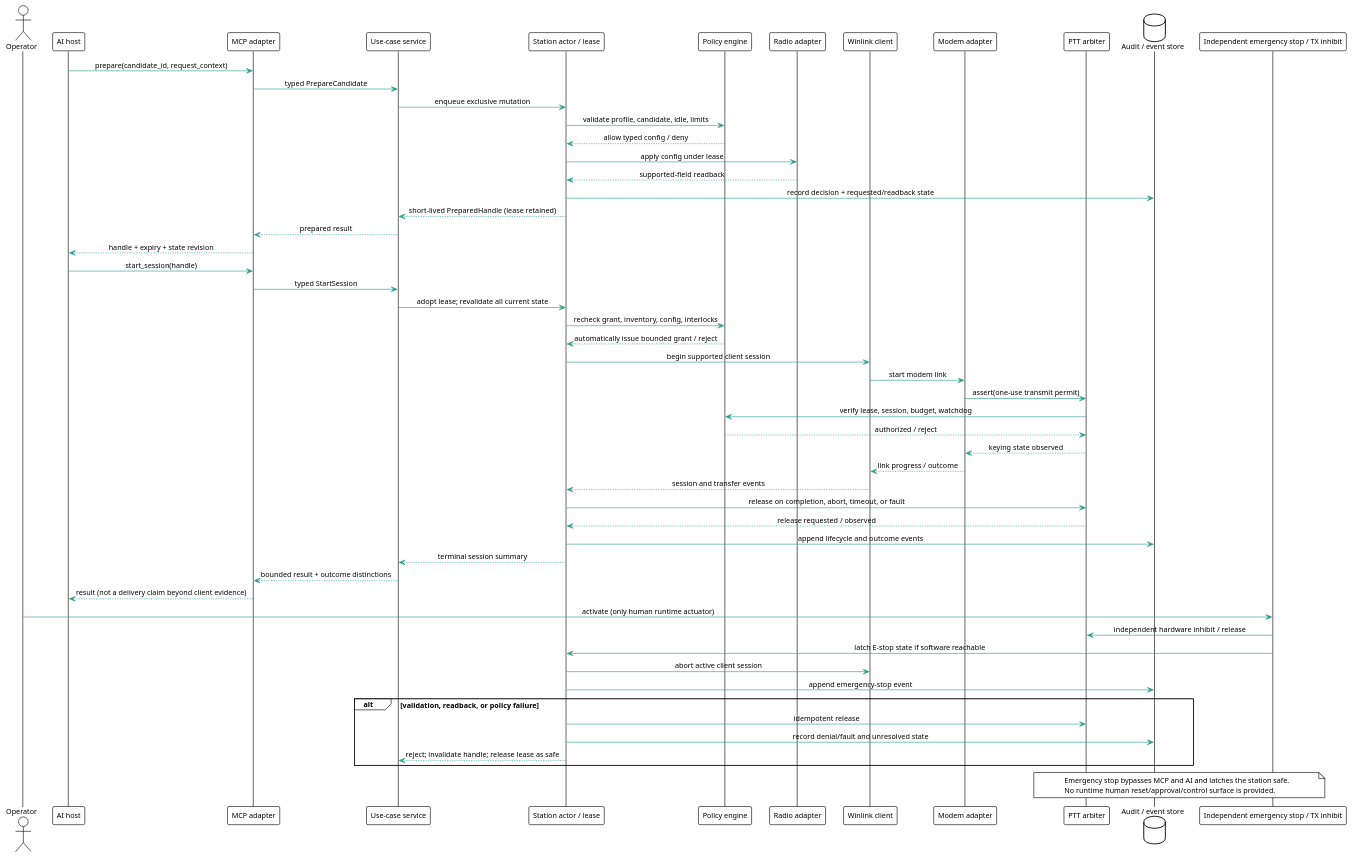
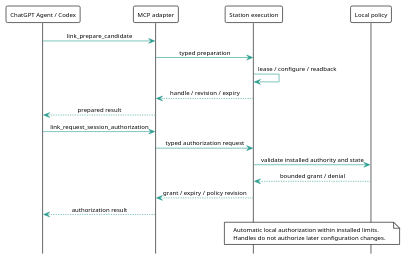
One commit to 8r4n/linkwise changed the diagram in docs/whitepaper/diagrams/session-sequence.puml. Above: the diagram before and after it, drawn with PlantUML. The commit also changed 61 other files, not shown here.

First line of the commit message:
Implement streaming Rust modem demo and document DSP architecture

```diff
--- a/docs/whitepaper/diagrams/session-sequence.puml
+++ b/docs/whitepaper/diagrams/session-sequence.puml
@@ -1,70 +1,29 @@
 @startuml Linkwise_Session_Sequence
 !theme plain
 skinparam backgroundColor #FFFFFF
 skinparam shadowing false
 skinparam defaultFontName "Latin Modern Roman"
-skinparam defaultFontSize 12
+skinparam defaultFontSize 10
 skinparam sequenceMessageAlign center
 skinparam ArrowColor #2A9D8F
-
-actor Operator
-participant "AI host" as AI
+hide footbox
+participant "ChatGPT Agent / Codex" as AI
 participant "MCP adapter" as MCP
-participant "Use-case service" as APP
-participant "Station actor / lease" as ACTOR
-participant "Policy engine" as POLICY
-participant "Radio adapter" as RADIO
-participant "Winlink client" as WL
-participant "Modem adapter" as MODEM
-participant "PTT arbiter" as PTT
-database "Audit / event store" as AUDIT
-participant "Independent emergency stop / TX inhibit" as ESTOP
-
-AI -> MCP: prepare(candidate_id, request_context)
-MCP -> APP: typed PrepareCandidate
-APP -> ACTOR: enqueue exclusive mutation
-ACTOR -> POLICY: validate profile, candidate, idle, limits
-POLICY --> ACTOR: allow typed config / deny
-ACTOR -> RADIO: apply config under lease
-RADIO --> ACTOR: supported-field readback
-ACTOR -> AUDIT: record decision + requested/readback state
-ACTOR --> APP: short-lived PreparedHandle (lease retained)
-APP --> MCP: prepared result
-MCP --> AI: handle + expiry + state revision
-
-AI -> MCP: start_session(handle)
-MCP -> APP: typed StartSession
-APP -> ACTOR: adopt lease; revalidate all current state
-ACTOR -> POLICY: recheck grant, inventory, config, interlocks
-POLICY --> ACTOR: automatically issue bounded grant / reject
-ACTOR -> WL: begin supported client session
-WL -> MODEM: start modem link
-MODEM -> PTT: assert(one-use transmit permit)
-PTT -> POLICY: verify lease, session, budget, watchdog
-POLICY --> PTT: authorized / reject
-PTT --> MODEM: keying state observed
-MODEM --> WL: link progress / outcome
-WL --> ACTOR: session and transfer events
-ACTOR -> PTT: release on completion, abort, timeout, or fault
-PTT --> ACTOR: release requested / observed
-ACTOR -> AUDIT: append lifecycle and outcome events
-ACTOR --> APP: terminal session summary
-APP --> MCP: bounded result + outcome distinctions
-MCP --> AI: result (not a delivery claim beyond client evidence)
-
-Operator -> ESTOP: activate (only human runtime actuator)
-ESTOP -> PTT: independent hardware inhibit / release
-ESTOP -> ACTOR: latch E-stop state if software reachable
-ACTOR -> WL: abort active client session
-ACTOR -> AUDIT: append emergency-stop event
-
-alt validation, readback, or policy failure
-  ACTOR -> PTT: idempotent release
-  ACTOR -> AUDIT: record denial/fault and unresolved state
-  ACTOR --> APP: reject; invalidate handle; release lease as safe
-end
-note over ESTOP,PTT
-Emergency stop bypasses MCP and AI and latches the station safe.
-No runtime human reset/approval/control surface is provided.
+participant "Station execution" as APP
+participant "Local policy" as POLICY
+AI -> MCP: link_prepare_candidate
+MCP -> APP: typed preparation
+APP -> APP: lease / configure / readback
+APP --> MCP: handle / revision / expiry
+MCP --> AI: prepared result
+AI -> MCP: link_request_session_authorization
+MCP -> APP: typed authorization request
+APP -> POLICY: validate installed authority and state
+POLICY --> APP: bounded grant / denial
+APP --> MCP: grant / expiry / policy revision
+MCP --> AI: authorization result
+note over APP,POLICY
+ Automatic local authorization within installed limits.
+ Handles do not authorize later configuration changes.
 end note
 @enduml
```
